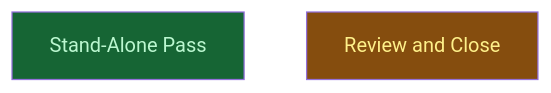
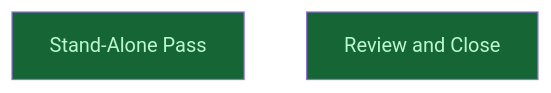
One commit to CrackingShells/cracking-shells-playbook changed the diagram in __roadmap__/writing-release-rework/author/refine/standalone/README.md. Above: the diagram before and after it, drawn with Mermaid. The commit also changed other lines of this file and 7 other files, not shown here.

````diff
--- a/__roadmap__/writing-release-rework/author/refine/standalone/README.md
+++ b/__roadmap__/writing-release-rework/author/refine/standalone/README.md
@@ -20,10 +20,10 @@
 ```mermaid
 graph TD
     standalone[Stand-Alone Pass]:::done
-    review[Review and Close]:::inprogress
+    review[Review and Close]:::done
     classDef done       fill:#166534,color:#bbf7d0
     classDef inprogress fill:#854d0e,color:#fef08a
     classDef planned    fill:#374151,color:#e5e7eb
     classDef amendment  fill:#1e3a5f,color:#bfdbfe
     classDef blocked    fill:#7f1d1d,color:#fecaca
 ```
````
